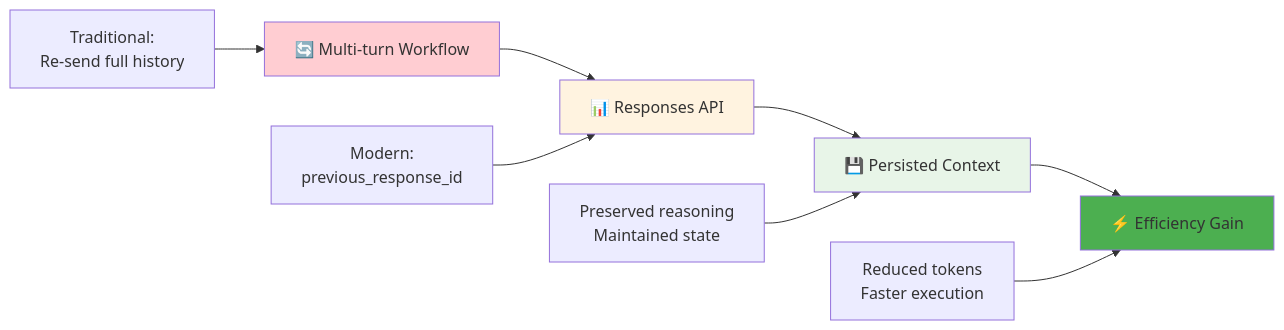
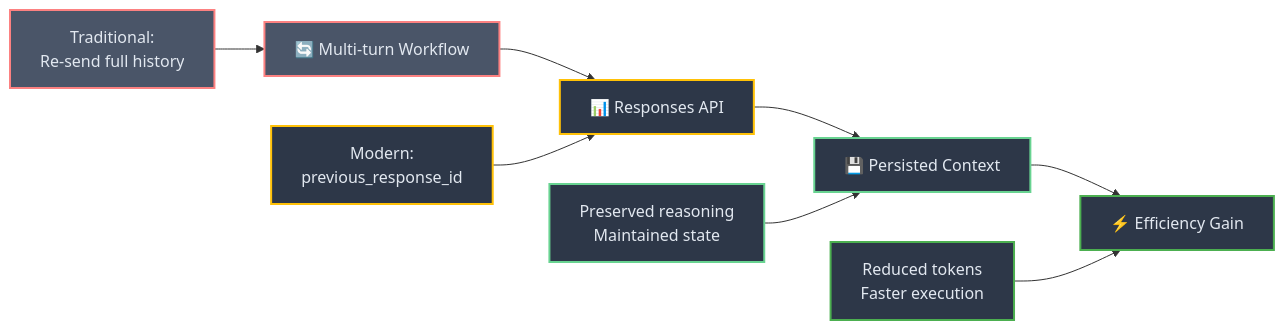
One commit to josemlopez/prompt_tutorial changed the third of 6 diagrams in Part_II_Section_6_Implementing_Agentic_Blueprints_Model-Specific_Architectures.md. Above: the diagram before and after it, drawn with Mermaid. The commit also changed other lines of this file and 7 other files, not shown here.

````diff
--- a/Part_II_Section_6_Implementing_Agentic_Blueprints_Model-Specific_Architectures.md
+++ b/Part_II_Section_6_Implementing_Agentic_Blueprints_Model-Specific_Architectures.md
@@ -108,16 +114,20 @@
 ```mermaid
 graph LR
-    A[🔄 Multi-turn Workflow] --> B[📊 Responses API]
-    B --> C[💾 Persisted Context]
-    C --> D[⚡ Efficiency Gain]
-    
-    A1[Traditional:<br/>Re-send full history] --> A
-    B1[Modern:<br/>previous_response_id] --> B
-    C1[Preserved reasoning<br/>Maintained state] --> C
-    D1[Reduced tokens<br/>Faster execution] --> D
-    
-    style A fill:#ffcdd2
-    style B fill:#fff3e0
-    style C fill:#e8f5e8
-    style D fill:#4caf50
+   A[🔄 Multi-turn Workflow] --> B[📊 Responses API]
+   B --> C[💾 Persisted Context]
+   C --> D[⚡ Efficiency Gain]
+   
+   A1[Traditional:<br/>Re-send full history] --> A
+   B1[Modern:<br/>previous_response_id] --> B
+   C1[Preserved reasoning<br/>Maintained state] --> C
+   D1[Reduced tokens<br/>Faster execution] --> D
+   
+   style A fill:#4a5568,stroke:#fc8181,stroke-width:2px,color:#e2e8f0
+   style B fill:#2d3748,stroke:#ffc107,stroke-width:2px,color:#e2e8f0
+   style C fill:#2d3748,stroke:#68d391,stroke-width:2px,color:#e2e8f0
+   style D fill:#2d3748,stroke:#4caf50,stroke-width:2px,color:#e2e8f0
+   style A1 fill:#4a5568,stroke:#fc8181,stroke-width:2px,color:#e2e8f0
+   style B1 fill:#2d3748,stroke:#ffc107,stroke-width:2px,color:#e2e8f0
+   style C1 fill:#2d3748,stroke:#68d391,stroke-width:2px,color:#e2e8f0
+   style D1 fill:#2d3748,stroke:#4caf50,stroke-width:2px,color:#e2e8f0
 ```
````
